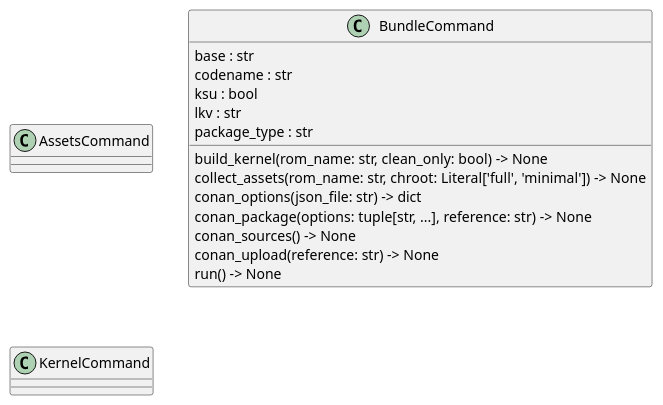
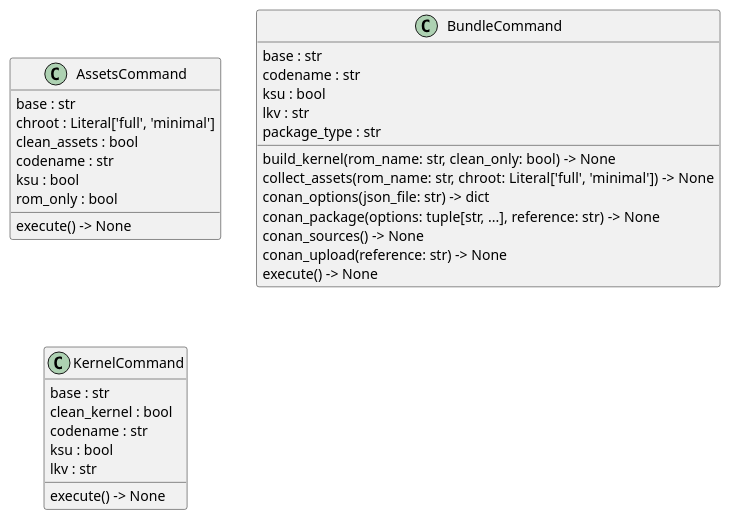
Before and after one commit to seppzer0/zero_kernel: the diagram in docs/architecture/commands/classes.puml, drawn with PlantUML. The commit also changed 13 other files, not shown here.

```diff
--- a/docs/architecture/commands/classes.puml
+++ b/docs/architecture/commands/classes.puml
@@ -1,21 +1,34 @@
 @startuml classes
 set namespaceSeparator none
 class "AssetsCommand" as commands.assets.AssetsCommand {
+  base : str
+  chroot : Literal['full', 'minimal']
+  clean_assets : bool
+  codename : str
+  ksu : bool
+  rom_only : bool
+  execute() -> None
 }
 class "BundleCommand" as commands.bundle.BundleCommand {
   base : str
   codename : str
   ksu : bool
   lkv : str
   package_type : str
   build_kernel(rom_name: str, clean_only: bool) -> None
   collect_assets(rom_name: str, chroot: Literal['full', 'minimal']) -> None
   conan_options(json_file: str) -> dict
   conan_package(options: tuple[str, ...], reference: str) -> None
   conan_sources() -> None
   conan_upload(reference: str) -> None
-  run() -> None
+  execute() -> None
 }
 class "KernelCommand" as commands.kernel.KernelCommand {
+  base : str
+  clean_kernel : bool
+  codename : str
+  ksu : bool
+  lkv : str
+  execute() -> None
 }
 @enduml
```
